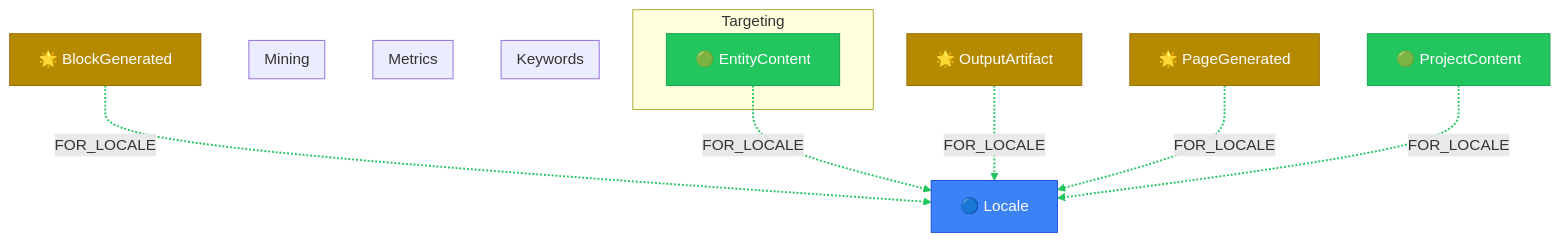
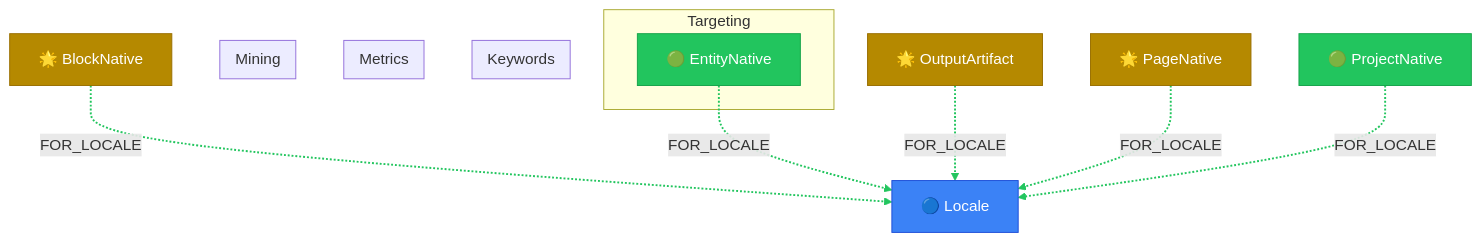
The diagram in packages/core/models/docs/seo-pipeline.md (supernovae-st/novanet), drawn with Mermaid before and after one commit. The commit also changed other lines of this file and 113 other files, not shown here.

First line of the commit message:
feat(schema): v0.13.0 *Native migration (ADR-029)

````diff
--- a/packages/core/models/docs/seo-pipeline.md
+++ b/packages/core/models/docs/seo-pipeline.md
@@ -31,50 +31,50 @@
 ```mermaid
 flowchart TB
   %% View: SEO Pipeline (seo-pipeline)
   %% 6 nodes, 5 arcs
 
   %% Trait styling (node_trait)
   classDef defined fill:#3b82f6,stroke:#1d4ed8,color:#fff
   classDef authored fill:#22c55e,stroke:#16a34a,color:#fff
   classDef imported fill:#8b5cf6,stroke:#7c3aed,color:#fff
   classDef generated fill:#b58900,stroke:#996f00,color:#fff
   classDef retrieved fill:#6c71c4,stroke:#5761b3,color:#fff
 
   subgraph KEYWORDS["Keywords"]
   end
 
   subgraph METRICS["Metrics"]
   end
 
   subgraph MINING["Mining"]
   end
 
   subgraph TARGETING["Targeting"]
-    EntityContent["🟢 EntityContent"]
+    EntityNative["🟢 EntityNative"]
   end
 
   %% Additional reachable nodes
-  BlockGenerated["🌟 BlockGenerated"]
+  BlockNative["🌟 BlockNative"]
   Locale["🔵 Locale"]
   OutputArtifact["🌟 OutputArtifact"]
-  PageGenerated["🌟 PageGenerated"]
-  ProjectContent["🟢 ProjectContent"]
+  PageNative["🌟 PageNative"]
+  ProjectNative["🟢 ProjectNative"]
 
   %% Relationships (styled by arc family)
-  BlockGenerated -.->|FOR_LOCALE| Locale
-  EntityContent -.->|FOR_LOCALE| Locale
+  BlockNative -.->|FOR_LOCALE| Locale
+  EntityNative -.->|FOR_LOCALE| Locale
   OutputArtifact -.->|FOR_LOCALE| Locale
-  PageGenerated -.->|FOR_LOCALE| Locale
-  ProjectContent -.->|FOR_LOCALE| Locale
+  PageNative -.->|FOR_LOCALE| Locale
+  ProjectNative -.->|FOR_LOCALE| Locale
 
   %% Arc colors by family
   linkStyle 0,1,2,3,4 stroke:#22c55e,stroke-width:2px
 
   %% Class assignments
-  class BlockGenerated generated
-  class EntityContent authored
+  class BlockNative generated
+  class EntityNative authored
   class Locale defined
   class OutputArtifact generated
-  class PageGenerated generated
-  class ProjectContent authored
+  class PageNative generated
+  class ProjectNative authored
 ```
````
